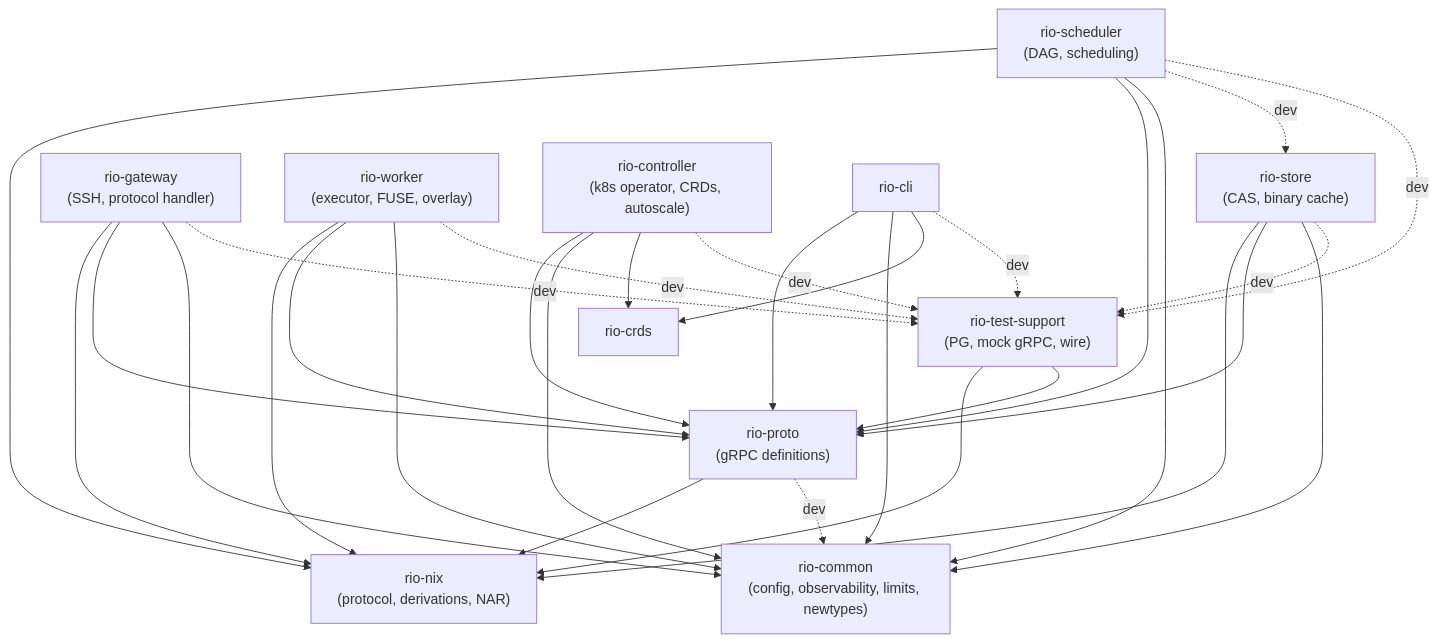
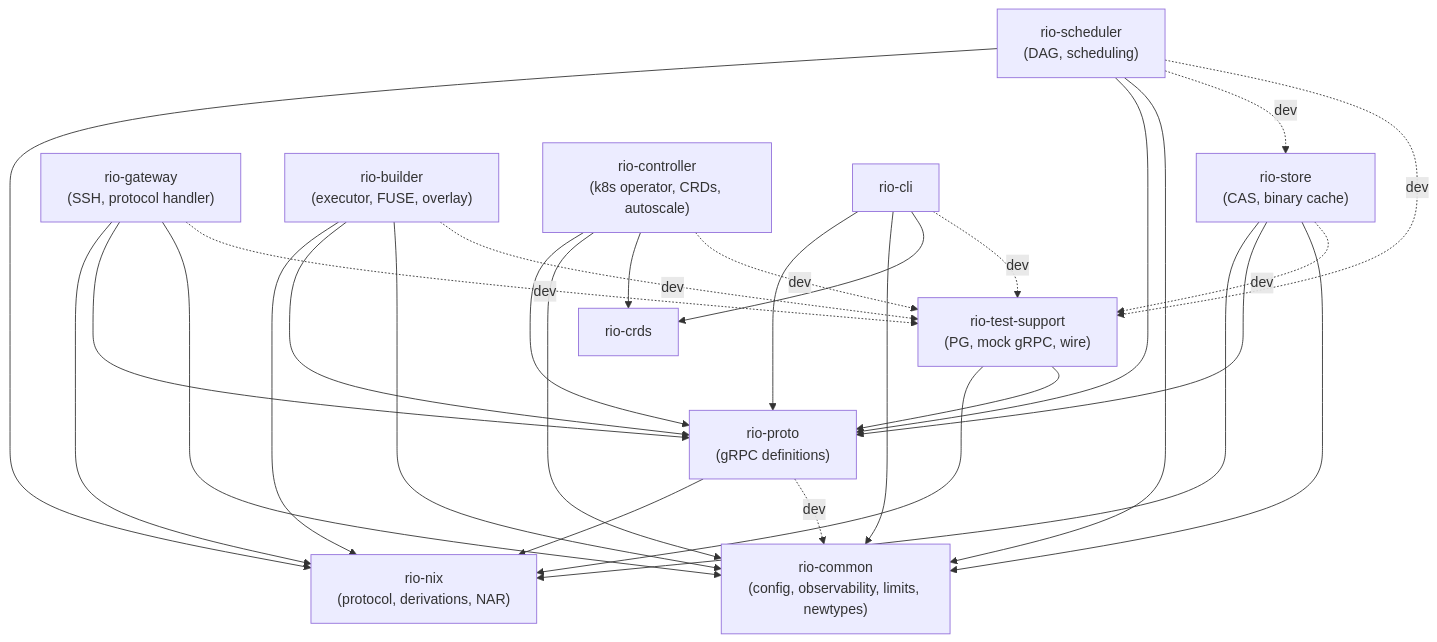
The diagram in docs/src/crate-structure.md (Mic92/rio-build), drawn with Mermaid before and after one commit. The commit also changed other lines of this file and 66 other files, not shown here.

First line of the commit message:
docs(tracey): bulk rename r[worker.*]→r[builder.*] post ADR-019 split

````diff
--- a/docs/src/crate-structure.md
+++ b/docs/src/crate-structure.md
@@ -31,49 +31,49 @@
 ```mermaid
 graph TD
     rio-common["rio-common<br/>(config, observability, limits, newtypes)"]
     rio-nix["rio-nix<br/>(protocol, derivations, NAR)"]
     rio-proto["rio-proto<br/>(gRPC definitions)"]
     rio-test-support["rio-test-support<br/>(PG, mock gRPC, wire)"]
     rio-store["rio-store<br/>(CAS, binary cache)"]
     rio-scheduler["rio-scheduler<br/>(DAG, scheduling)"]
     rio-gateway["rio-gateway<br/>(SSH, protocol handler)"]
-    rio-worker["rio-worker<br/>(executor, FUSE, overlay)"]
+    rio-builder["rio-builder<br/>(executor, FUSE, overlay)"]
     rio-controller["rio-controller<br/>(k8s operator, CRDs, autoscale)"]
 
     rio-proto --> rio-nix
     rio-proto -.->|dev| rio-common
 
     rio-test-support --> rio-nix
     rio-test-support --> rio-proto
 
     rio-gateway --> rio-nix
     rio-gateway --> rio-proto
     rio-gateway --> rio-common
     rio-gateway -.->|dev| rio-test-support
 
-    rio-worker --> rio-nix
-    rio-worker --> rio-proto
-    rio-worker --> rio-common
-    rio-worker -.->|dev| rio-test-support
+    rio-builder --> rio-nix
+    rio-builder --> rio-proto
+    rio-builder --> rio-common
+    rio-builder -.->|dev| rio-test-support
 
     rio-scheduler --> rio-nix
     rio-scheduler --> rio-proto
     rio-scheduler --> rio-common
     rio-scheduler -.->|dev| rio-store
     rio-scheduler -.->|dev| rio-test-support
 
     rio-store --> rio-nix
     rio-store --> rio-proto
     rio-store --> rio-common
     rio-store -.->|dev| rio-test-support
 
     rio-controller --> rio-proto
     rio-controller --> rio-common
     rio-controller --> rio-crds
     rio-controller -.->|dev| rio-test-support
 
     rio-cli --> rio-proto
     rio-cli --> rio-common
     rio-cli --> rio-crds
     rio-cli -.->|dev| rio-test-support
 ```
````
